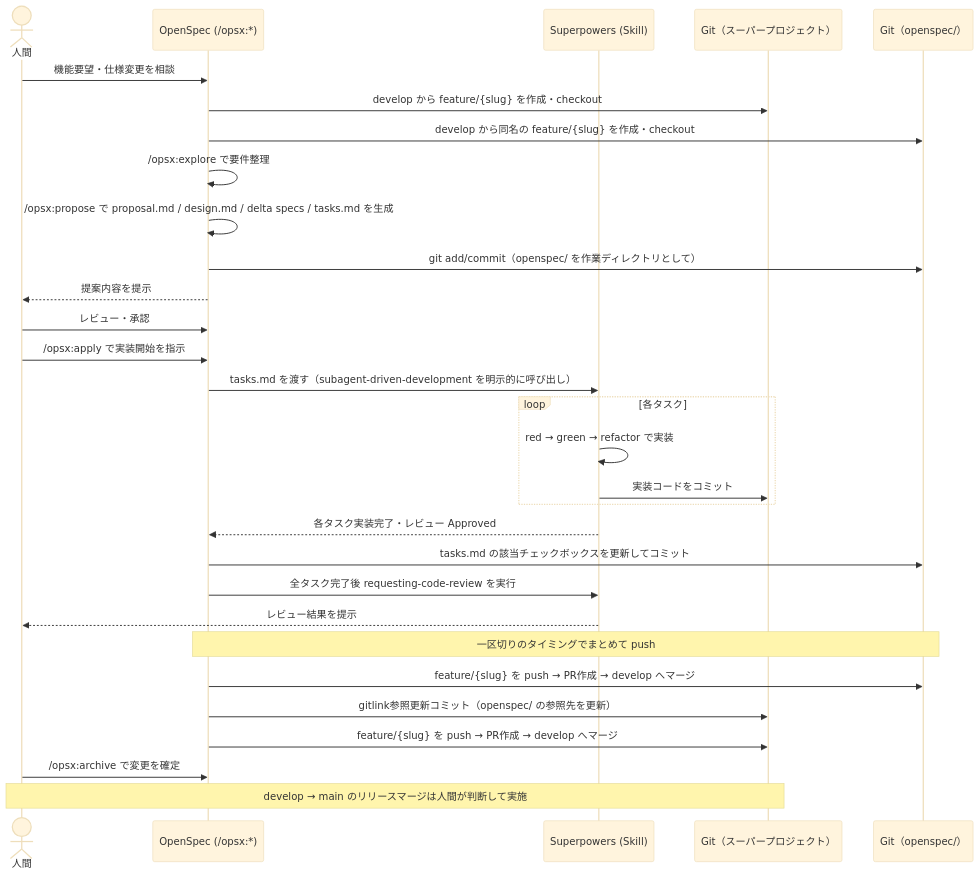
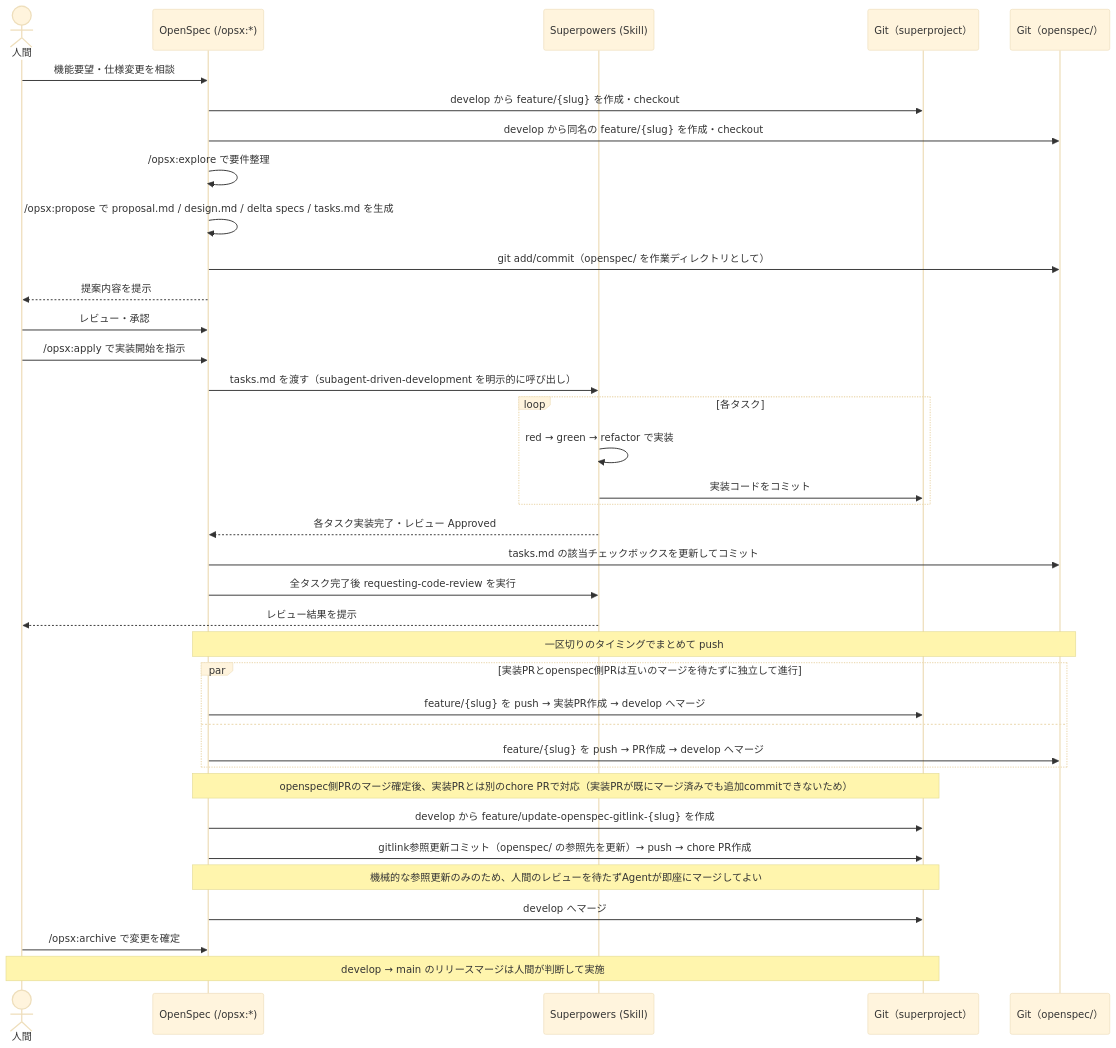
One commit to naokidotdev/poc-openspec-superpowers changed the first of 2 diagrams in README.md. Above: the diagram before and after it, drawn with Mermaid (base theme). The commit also changed other lines of this file and 3 other files, not shown here.

````diff
--- a/README.md
+++ b/README.md
@@ -18,36 +18,44 @@
 ```mermaid
 sequenceDiagram
     actor 人間
     participant OpenSpec as OpenSpec (/opsx:*)
     participant Superpowers as Superpowers (Skill)
-    participant GitSuper as Git（スーパープロジェクト）
+    participant GitSuper as Git（superproject）
     participant GitSpecs as Git（openspec/）
 
     人間->>OpenSpec: 機能要望・仕様変更を相談
     OpenSpec->>GitSuper: develop から feature/{slug} を作成・checkout
     OpenSpec->>GitSpecs: develop から同名の feature/{slug} を作成・checkout
     OpenSpec->>OpenSpec: /opsx:explore で要件整理
     OpenSpec->>OpenSpec: /opsx:propose で proposal.md / design.md / delta specs / tasks.md を生成
     OpenSpec->>GitSpecs: git add/commit（openspec/ を作業ディレクトリとして）
     OpenSpec-->>人間: 提案内容を提示
     人間->>OpenSpec: レビュー・承認
 
     人間->>OpenSpec: /opsx:apply で実装開始を指示
     OpenSpec->>Superpowers: tasks.md を渡す（subagent-driven-development を明示的に呼び出し）
     loop 各タスク
         Superpowers->>Superpowers: red → green → refactor で実装
         Superpowers->>GitSuper: 実装コードをコミット
     end
     Superpowers-->>OpenSpec: 各タスク実装完了・レビュー Approved
     OpenSpec->>GitSpecs: tasks.md の該当チェックボックスを更新してコミット
     OpenSpec->>Superpowers: 全タスク完了後 requesting-code-review を実行
     Superpowers-->>人間: レビュー結果を提示
 
     Note over OpenSpec,GitSpecs: 一区切りのタイミングでまとめて push
-    OpenSpec->>GitSpecs: feature/{slug} を push → PR作成 → develop へマージ
-    OpenSpec->>GitSuper: gitlink参照更新コミット（openspec/ の参照先を更新）
-    OpenSpec->>GitSuper: feature/{slug} を push → PR作成 → develop へマージ
+    par 実装PRとopenspec側PRは互いのマージを待たずに独立して進行
+        OpenSpec->>GitSuper: feature/{slug} を push → 実装PR作成 → develop へマージ
+    and
+        OpenSpec->>GitSpecs: feature/{slug} を push → PR作成 → develop へマージ
+    end
+
+    Note over OpenSpec,GitSuper: openspec側PRのマージ確定後、実装PRとは別のchore PRで対応（実装PRが既にマージ済みでも追加commitできないため）
+    OpenSpec->>GitSuper: develop から feature/update-openspec-gitlink-{slug} を作成
+    OpenSpec->>GitSuper: gitlink参照更新コミット（openspec/ の参照先を更新）→ push → chore PR作成
+    Note over OpenSpec,GitSuper: 機械的な参照更新のみのため、人間のレビューを待たずAgentが即座にマージしてよい
+    OpenSpec->>GitSuper: develop へマージ
     人間->>OpenSpec: /opsx:archive で変更を確定
 
     Note over 人間,GitSuper: develop → main のリリースマージは人間が判断して実施
 ```
````
